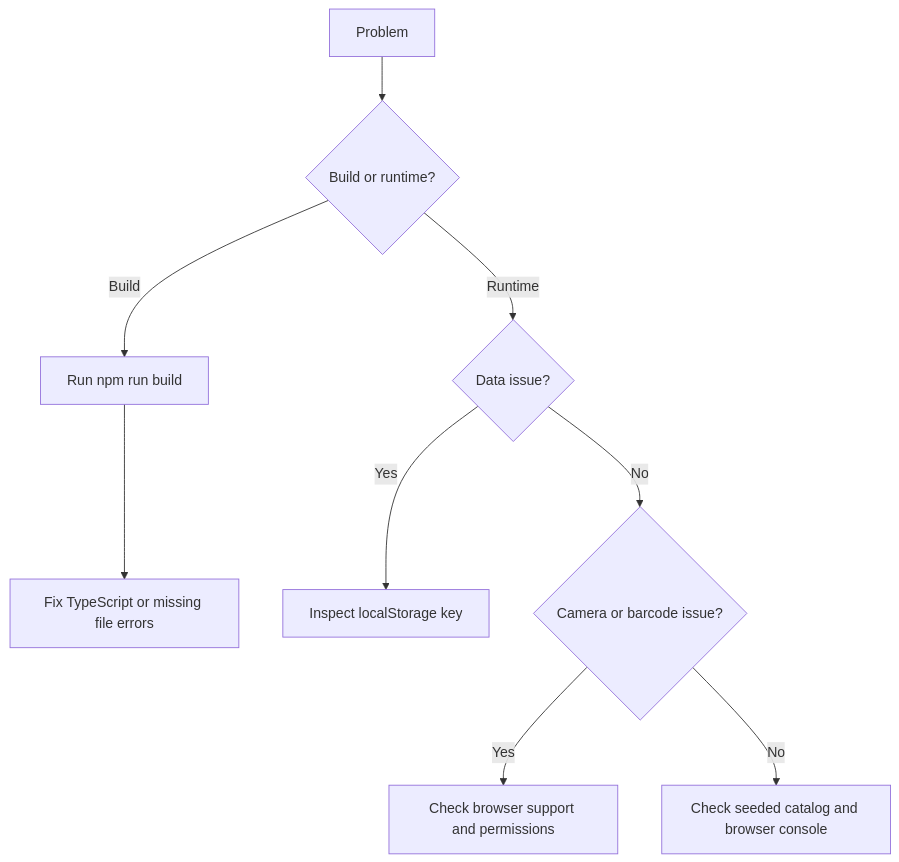
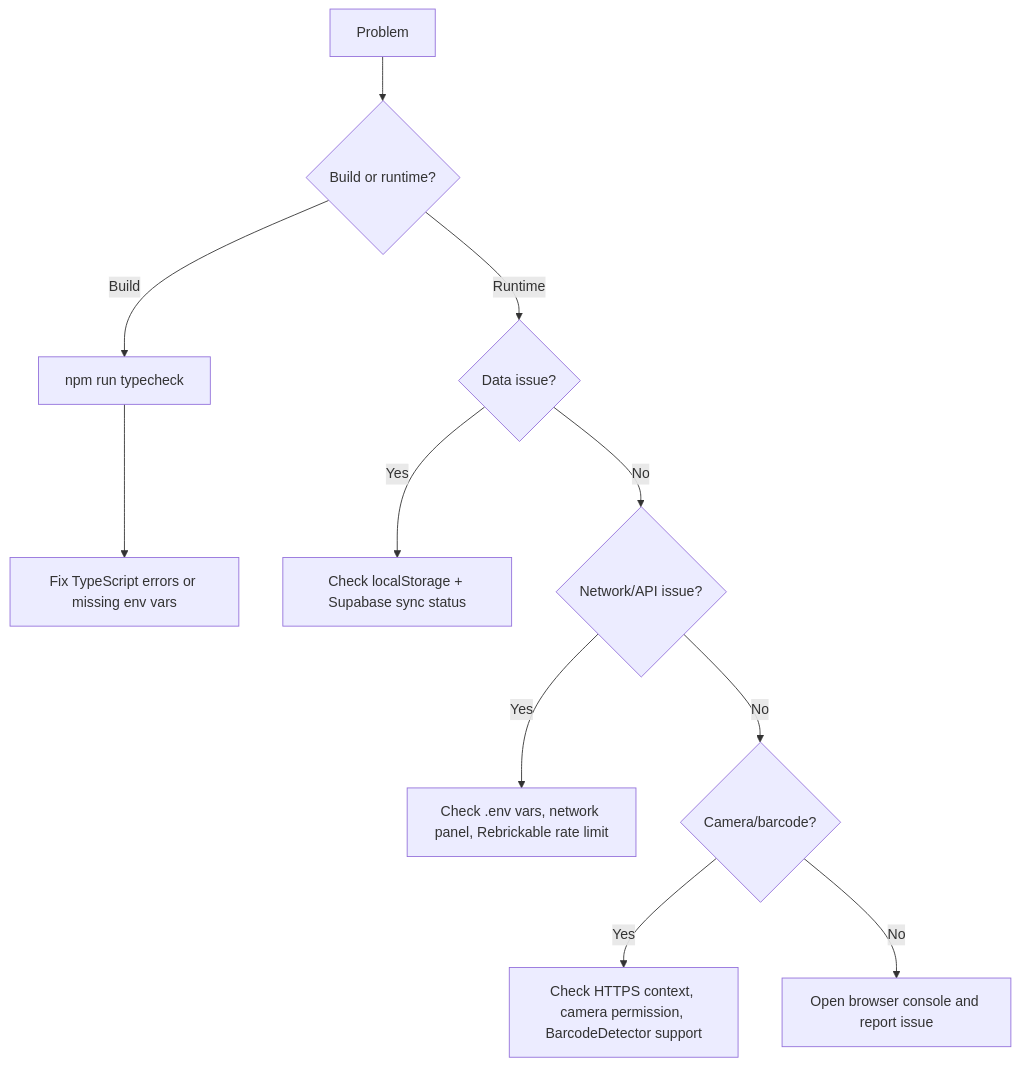
The second of 2 diagrams in docs/troubleshooting.md (ahhrealmonstr/lego-tracker), drawn with Mermaid before and after one commit. The commit also changed other lines of this file and 26 other files, not shown here.

````diff
--- a/docs/troubleshooting.md
+++ b/docs/troubleshooting.md
@@ -133,11 +153,13 @@
 ```mermaid
 flowchart TD
   A[Problem] --> B{Build or runtime?}
-  B -- Build --> C[Run npm run build]
-  C --> D[Fix TypeScript or missing file errors]
+  B -- Build --> C[npm run typecheck]
+  C --> D[Fix TypeScript errors or missing env vars]
   B -- Runtime --> E{Data issue?}
-  E -- Yes --> F[Inspect localStorage key]
-  E -- No --> G{Camera or barcode issue?}
-  G -- Yes --> H[Check browser support and permissions]
-  G -- No --> I[Check seeded catalog and browser console]
+  E -- Yes --> F[Check localStorage + Supabase sync status]
+  E -- No --> G{Network/API issue?}
+  G -- Yes --> H[Check .env vars, network panel, Rebrickable rate limit]
+  G -- No --> I{Camera/barcode?}
+  I -- Yes --> J[Check HTTPS context, camera permission, BarcodeDetector support]
+  I -- No --> K[Open browser console and report issue]
 ```
````
